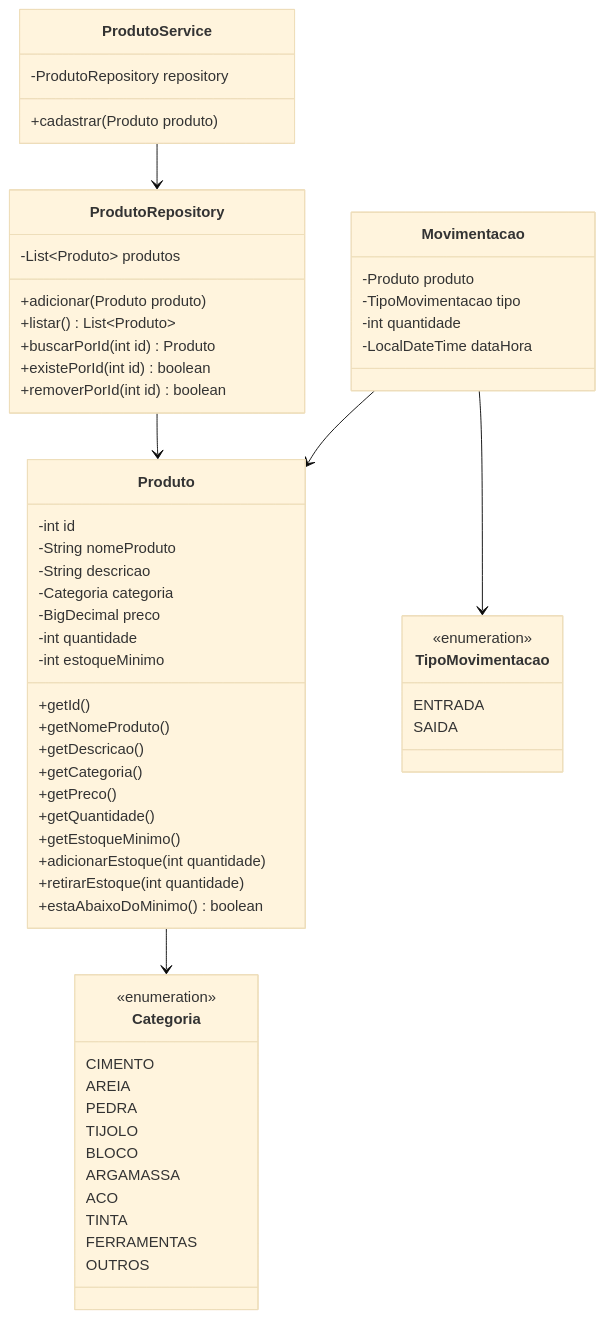
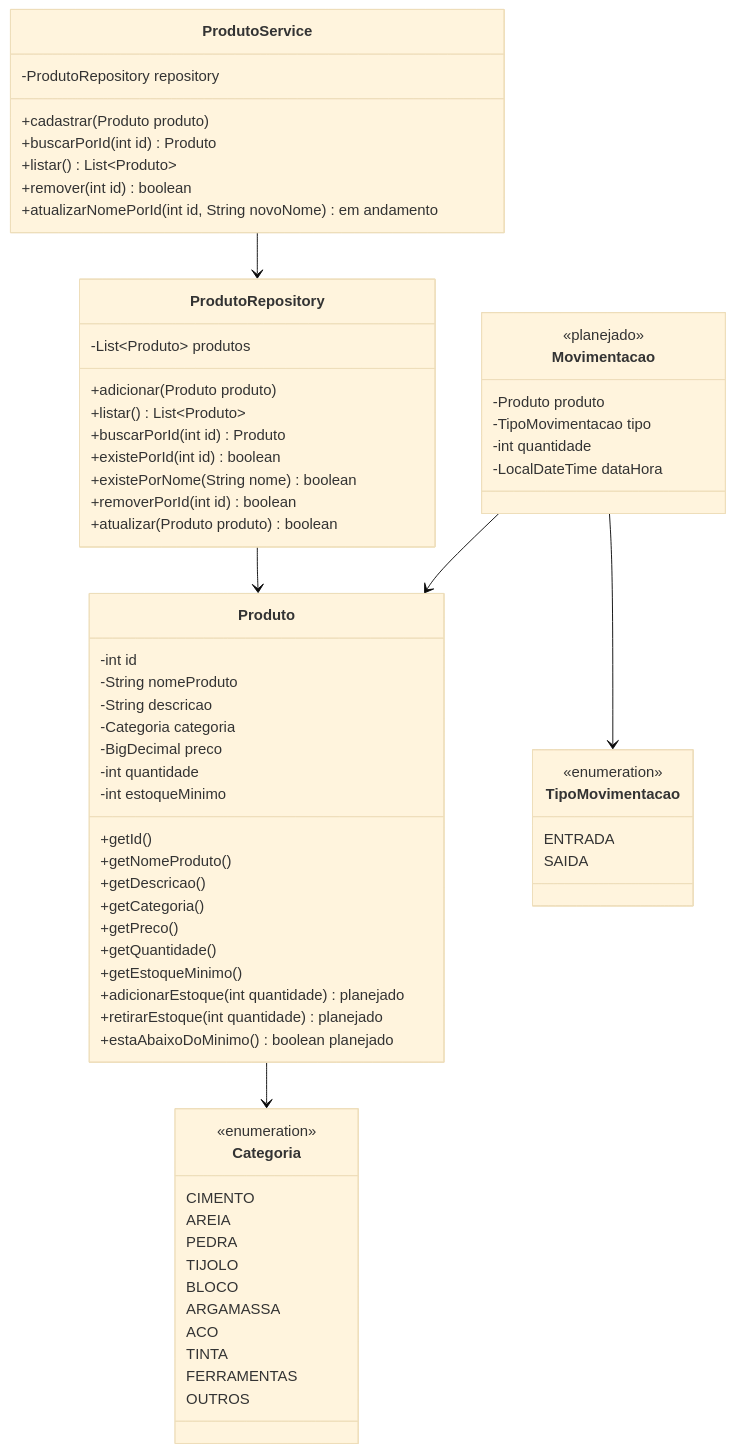
The diagram in README.md (castilhoz/controle-estoque-cli), drawn with Mermaid (base theme) before and after one commit. The commit also changed other lines of this file and 1 other file, not shown here.

````diff
--- a/README.md
+++ b/README.md
@@ -251,69 +251,76 @@
 ```mermaid
 classDiagram
     class Produto {
         -int id
         -String nomeProduto
         -String descricao
         -Categoria categoria
         -BigDecimal preco
         -int quantidade
         -int estoqueMinimo
         +getId()
         +getNomeProduto()
         +getDescricao()
         +getCategoria()
         +getPreco()
         +getQuantidade()
         +getEstoqueMinimo()
-        +adicionarEstoque(int quantidade)
-        +retirarEstoque(int quantidade)
-        +estaAbaixoDoMinimo() boolean
+        +adicionarEstoque(int quantidade) planejado
+        +retirarEstoque(int quantidade) planejado
+        +estaAbaixoDoMinimo() boolean planejado
     }
 
     class Categoria {
         <<enumeration>>
         CIMENTO
         AREIA
         PEDRA
         TIJOLO
         BLOCO
         ARGAMASSA
         ACO
         TINTA
         FERRAMENTAS
         OUTROS
     }
 
     class ProdutoRepository {
         -List~Produto~ produtos
         +adicionar(Produto produto)
         +listar() List~Produto~
         +buscarPorId(int id) Produto
         +existePorId(int id) boolean
+        +existePorNome(String nome) boolean
         +removerPorId(int id) boolean
+        +atualizar(Produto produto) boolean
     }
 
     class ProdutoService {
         -ProdutoRepository repository
         +cadastrar(Produto produto)
+        +buscarPorId(int id) Produto
+        +listar() List~Produto~
+        +remover(int id) boolean
+        +atualizarNomePorId(int id, String novoNome) em andamento
     }
 
     class Movimentacao {
+        <<planejado>>
         -Produto produto
         -TipoMovimentacao tipo
         -int quantidade
         -LocalDateTime dataHora
     }
 
     class TipoMovimentacao {
         <<enumeration>>
         ENTRADA
         SAIDA
     }
 
     Produto --> Categoria
     ProdutoRepository --> Produto
     ProdutoService --> ProdutoRepository
     Movimentacao --> Produto
     Movimentacao --> TipoMovimentacao
 ```
````
